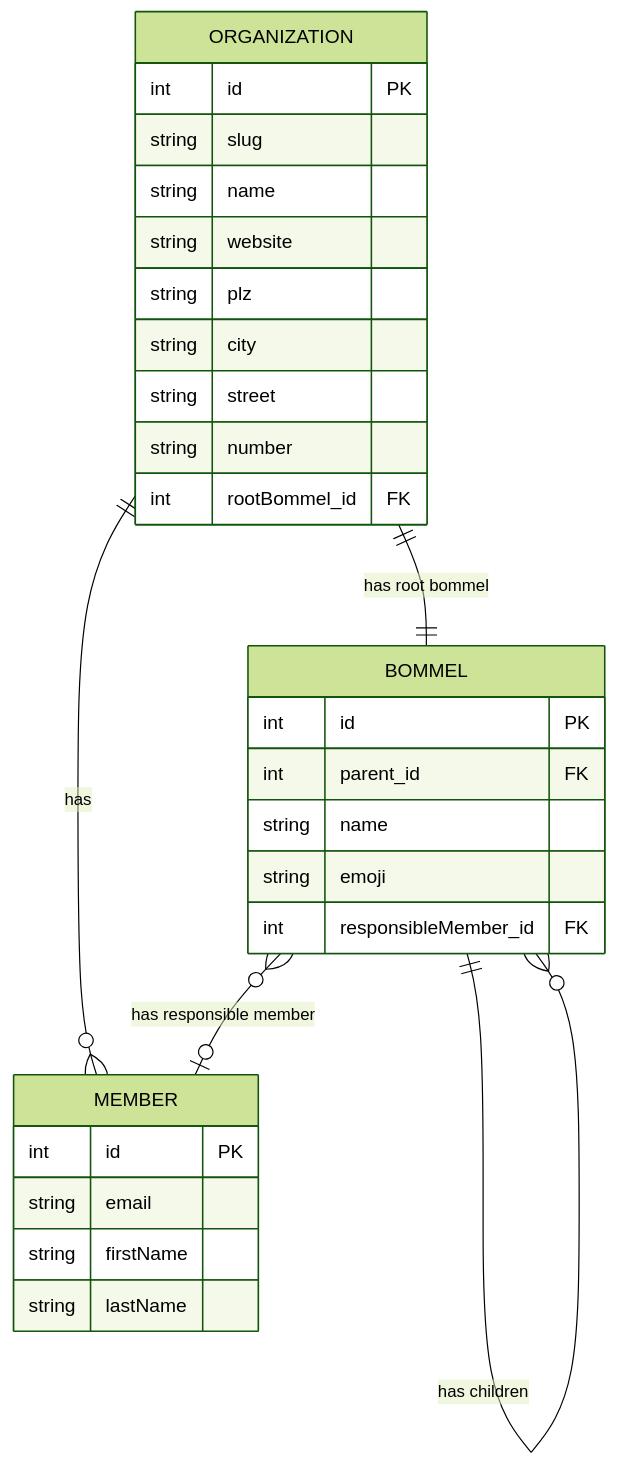
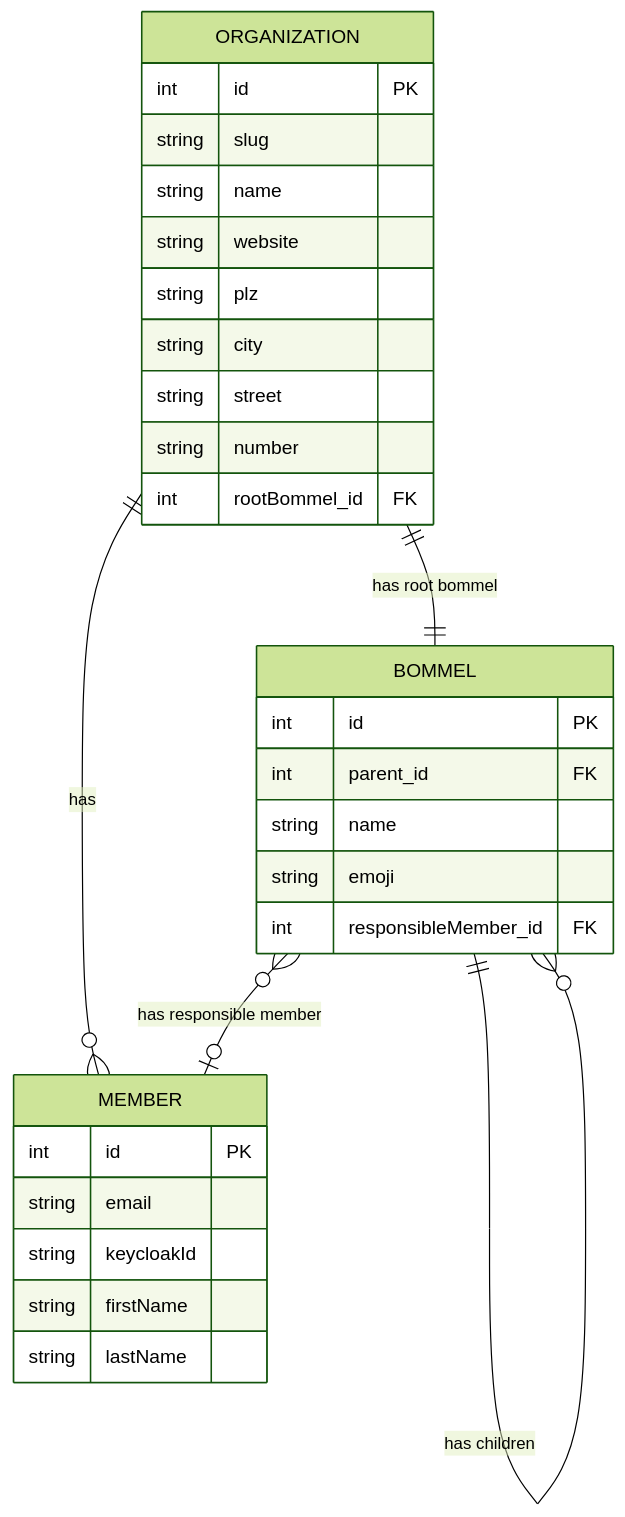
One commit to hopps-app/hopps changed the fifth of 5 diagrams in backend/app.hopps.org/src/main/resources/db/testdata/V2.0.0__test_data.md. Above: the diagram before and after it, drawn with Mermaid (forest theme). The commit also changed other lines of this file and 163 other files, not shown here.

````diff
--- a/backend/app.hopps.org/src/main/resources/db/testdata/V2.0.0__test_data.md
+++ b/backend/app.hopps.org/src/main/resources/db/testdata/V2.0.0__test_data.md
@@ -139,34 +139,35 @@
 ```mermaid
 erDiagram
     ORGANIZATION ||--o{ MEMBER : has
     ORGANIZATION ||--|| BOMMEL : "has root bommel"
     BOMMEL ||--o{ BOMMEL : "has children"
     BOMMEL }o--o| MEMBER : "has responsible member"
 
     ORGANIZATION {
         int id PK
         string slug
         string name
         string website
         string plz
         string city
         string street
         string number
         int rootBommel_id FK
     }
 
     MEMBER {
         int id PK
         string email
+        string keycloakId
         string firstName
         string lastName
     }
 
     BOMMEL {
         int id PK
         int parent_id FK
         string name
         string emoji
         int responsibleMember_id FK
     }
 ```
````
